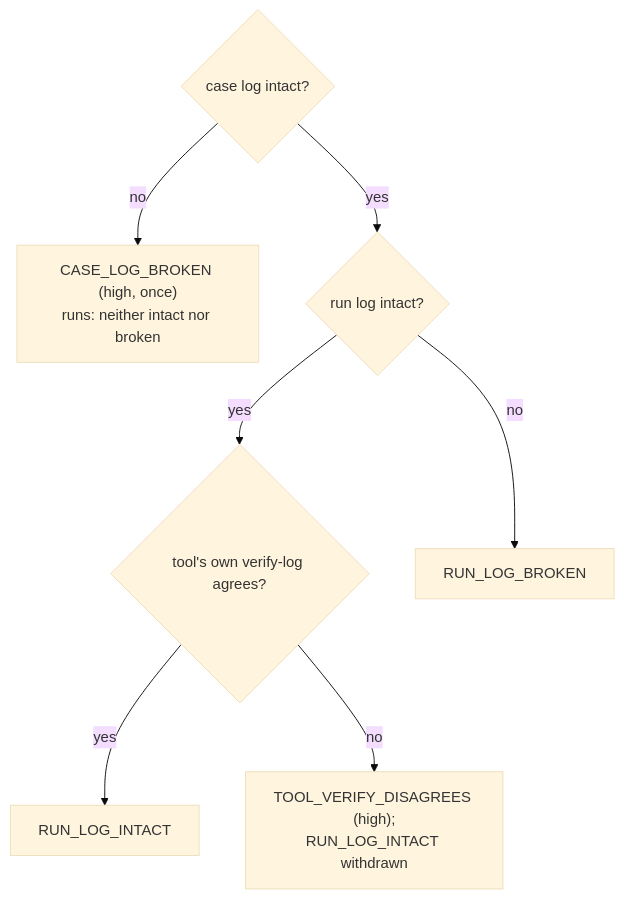
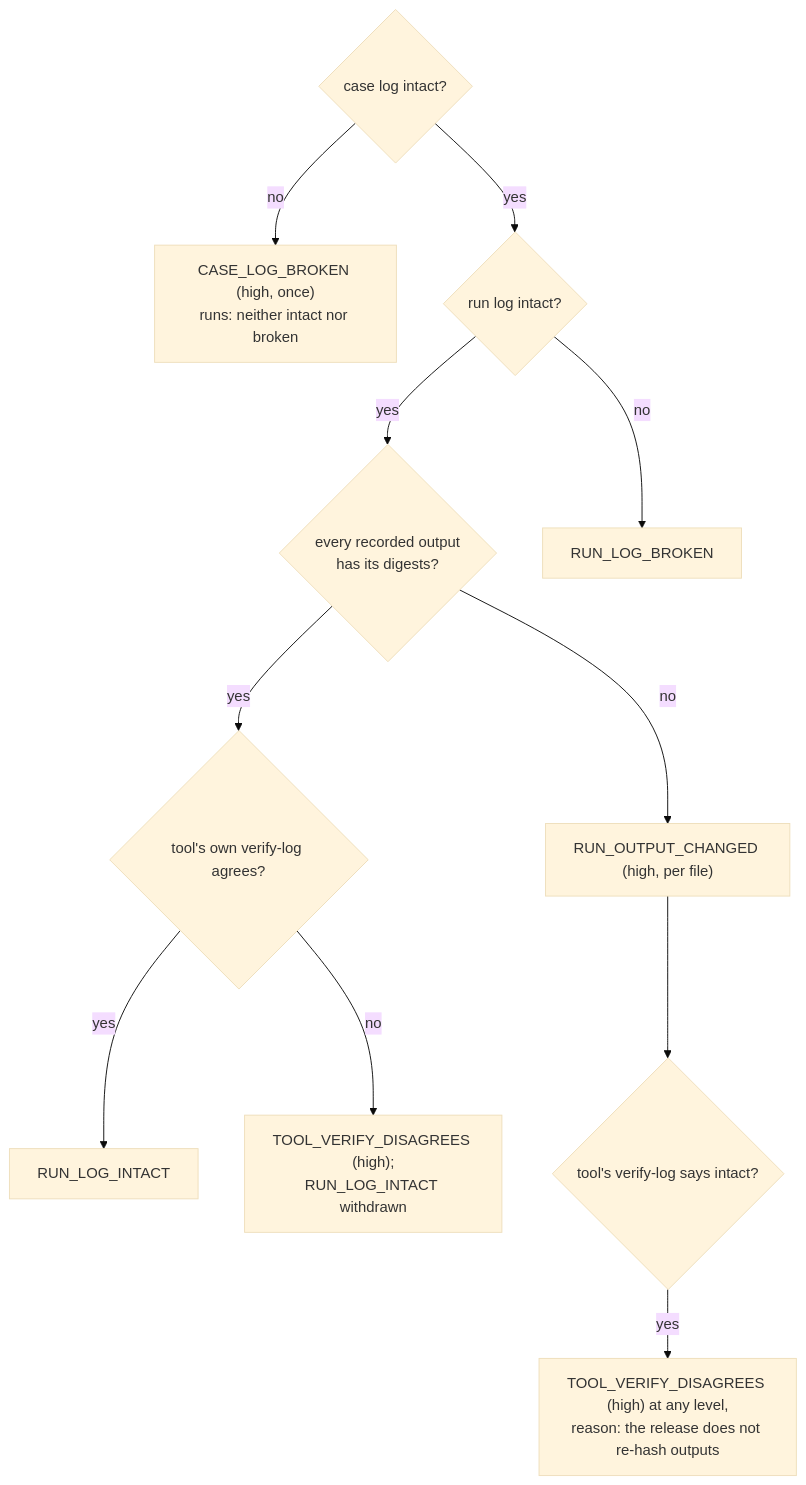
The diagram in docs/adr/0004-case-verdicts-and-cross-check.md (Panacota96/rv-hub), drawn with Mermaid (base theme) before and after one commit. The commit also changed other lines of this file and 8 other files, not shown here.

Commit message:
docs: recorded outputs, RUN_OUTPUT_CHANGED and the cross-check rule (ADR 0004 decision 5)

````diff
--- a/docs/adr/0004-case-verdicts-and-cross-check.md
+++ b/docs/adr/0004-case-verdicts-and-cross-check.md
@@ -12,9 +12,13 @@
 ```mermaid
 flowchart TD
     CL{"case log intact?"} -- no --> CB["CASE_LOG_BROKEN (high, once)<br/>runs: neither intact nor broken"]
     CL -- yes --> RV{"run log intact?"}
-    RV -- yes --> X{"tool's own verify-log agrees?"}
+    RV -- yes --> O{"every recorded output<br/>has its digests?"}
+    O -- yes --> X{"tool's own verify-log agrees?"}
     X -- yes --> I["RUN_LOG_INTACT"]
     X -- no --> D["TOOL_VERIFY_DISAGREES (high);<br/>RUN_LOG_INTACT withdrawn"]
+    O -- no --> OC["RUN_OUTPUT_CHANGED (high, per file)"]
+    OC --> Y{"tool's verify-log says intact?"}
+    Y -- yes --> D2["TOOL_VERIFY_DISAGREES (high) at any level,<br/>reason: the release does not re-hash outputs"]
     RV -- no --> RB["RUN_LOG_BROKEN"]
 ```
````
